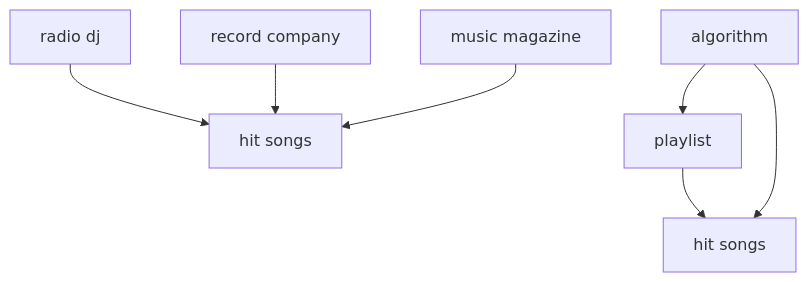
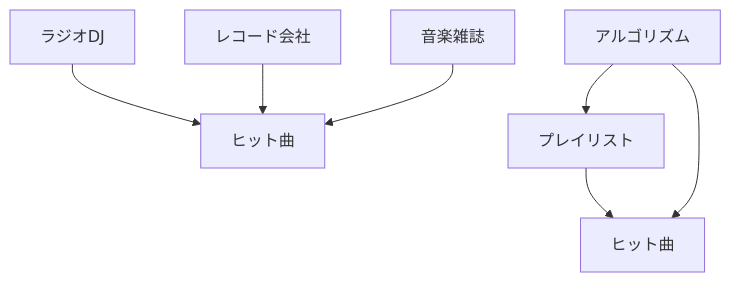
Before and after one commit to monumental-movement/monumental-movement.github.io: the second of 3 diagrams in en/_posts/2026-03-13-column-why-algorithms-are-changing-music-history.md, drawn with Mermaid. The commit also changed other lines of this file and 2196 other files, not shown here.

```diff
--- a/en/_posts/2026-03-13-column-why-algorithms-are-changing-music-history.md
+++ b/en/_posts/2026-03-13-column-why-algorithms-are-changing-music-history.md
@@ -369,12 +369,12 @@
 <div class="mermaid">
 flowchart TD
 
-A[radio dj] --> B[hit songs]
-C[record company] --> B
-D[music magazine] --> B
+A[ラジオDJ] --> B[ヒット曲]
+C[レコード会社] --> B
+D[音楽雑誌] --> B
 
-E[algorithm] --> F[playlist]
-F --> G[hit songs]
+E[アルゴリズム] --> F[プレイリスト]
+F --> G[ヒット曲]
 E --> G
 
 </div>
```
